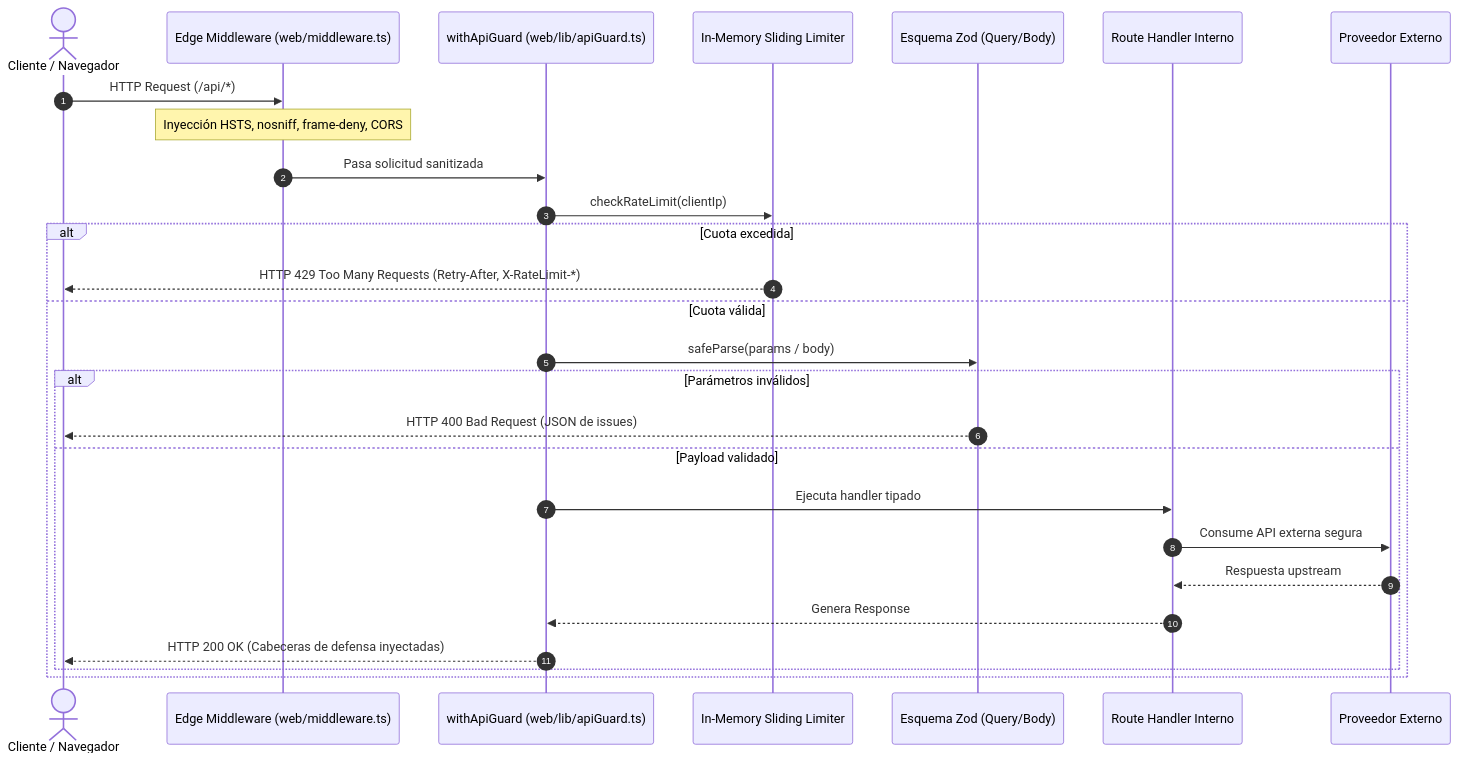
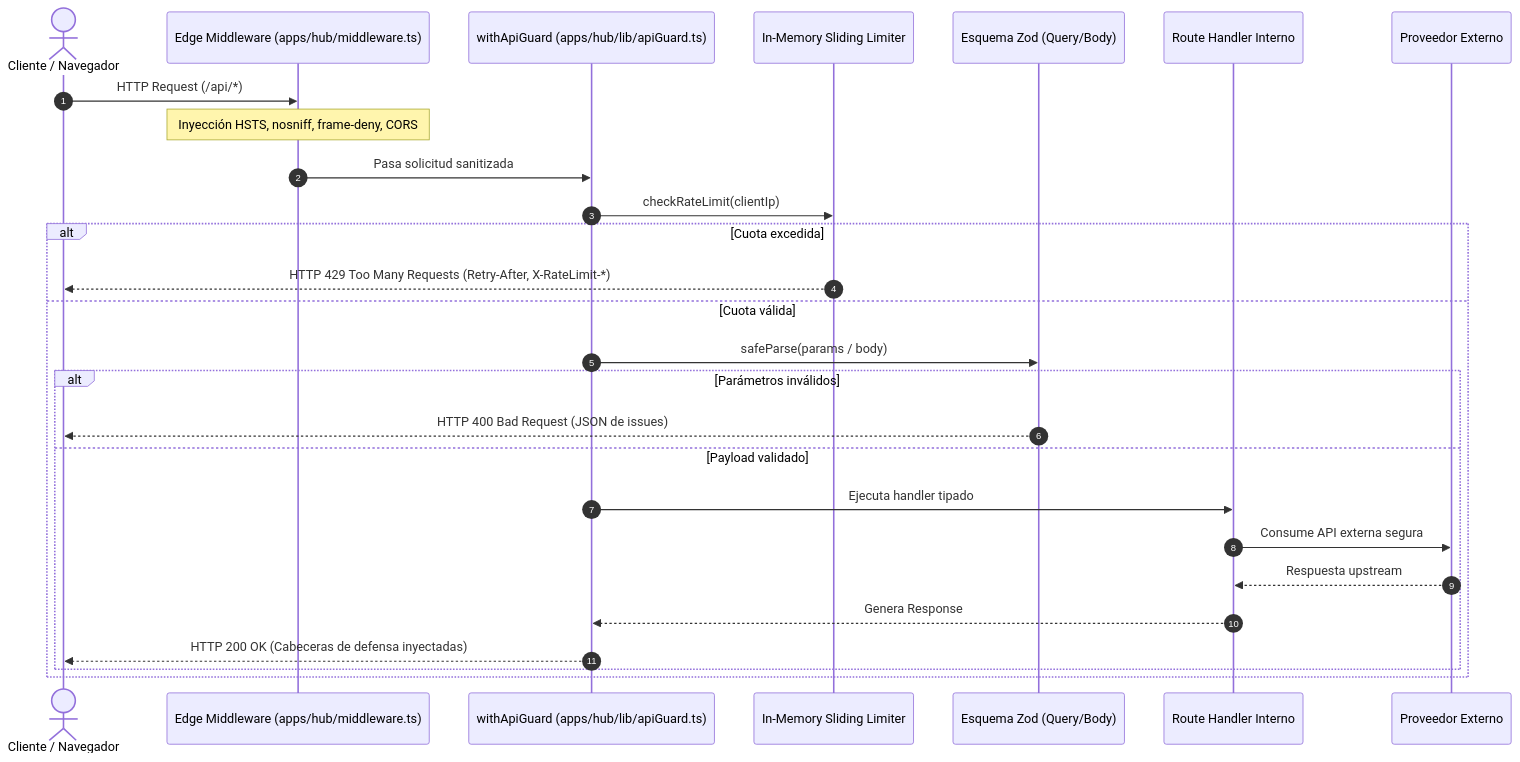
The second of 4 diagrams in docs/architecture/overview.md (Ian9Franco/MIM), drawn with Mermaid before and after one commit. The commit also changed other lines of this file and 21 other files, not shown here.

````diff
--- a/docs/architecture/overview.md
+++ b/docs/architecture/overview.md
@@ -58,30 +58,30 @@
 ```mermaid
 sequenceDiagram
     autonumber
     actor Client as Cliente / Navegador
-    participant MW as Edge Middleware (web/middleware.ts)
-    participant Guard as withApiGuard (web/lib/apiGuard.ts)
+    participant MW as Edge Middleware (apps/hub/middleware.ts)
+    participant Guard as withApiGuard (apps/hub/lib/apiGuard.ts)
     participant Limiter as In-Memory Sliding Limiter
     participant Zod as Esquema Zod (Query/Body)
     participant Route as Route Handler Interno
     participant Provider as Proveedor Externo
 
     Client->>MW: HTTP Request (/api/*)
     Note over MW: Inyección HSTS, nosniff, frame-deny, CORS
     MW->>Guard: Pasa solicitud sanitizada
     Guard->>Limiter: checkRateLimit(clientIp)
     alt Cuota excedida
         Limiter-->>Client: HTTP 429 Too Many Requests (Retry-After, X-RateLimit-*)
     else Cuota válida
         Guard->>Zod: safeParse(params / body)
         alt Parámetros inválidos
             Zod-->>Client: HTTP 400 Bad Request (JSON de issues)
         else Payload validado
             Guard->>Route: Ejecuta handler tipado
             Route->>Provider: Consume API externa segura
             Provider-->>Route: Respuesta upstream
             Route-->>Guard: Genera Response
             Guard-->>Client: HTTP 200 OK (Cabeceras de defensa inyectadas)
         end
     end
 ```
````
